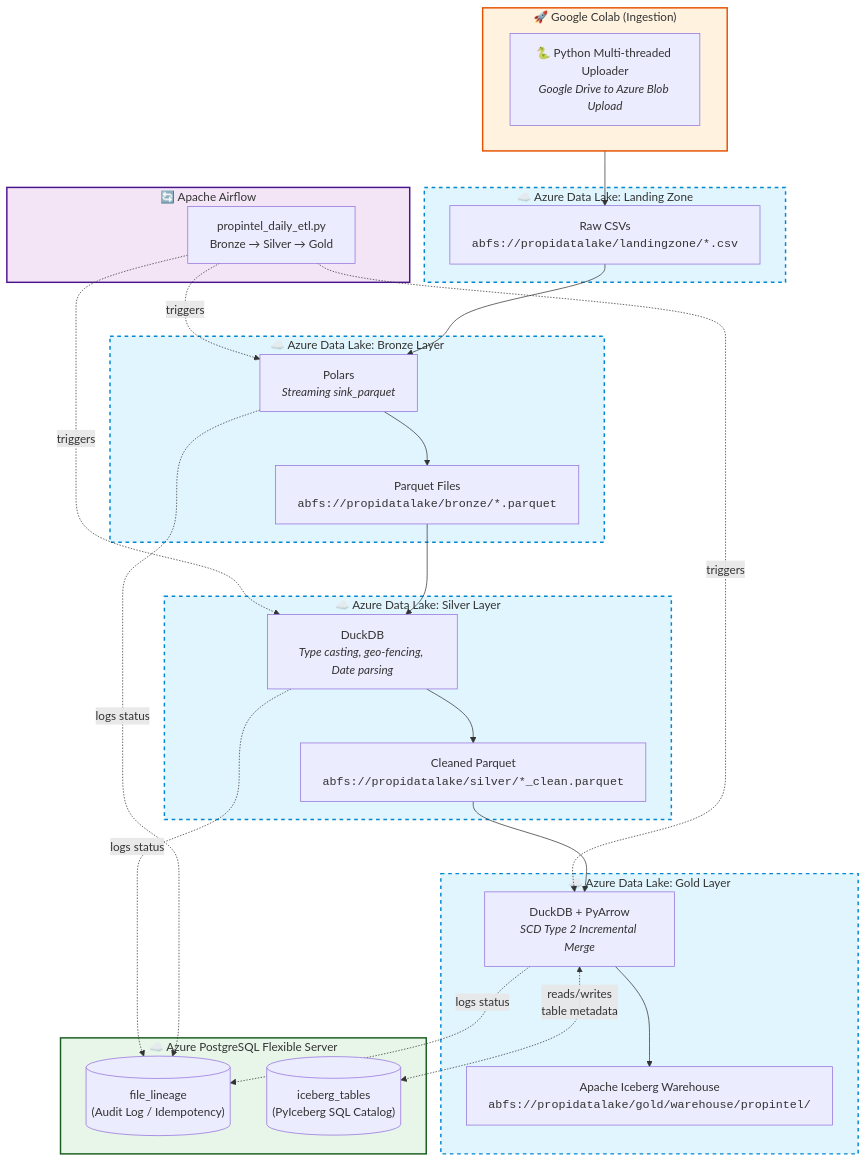
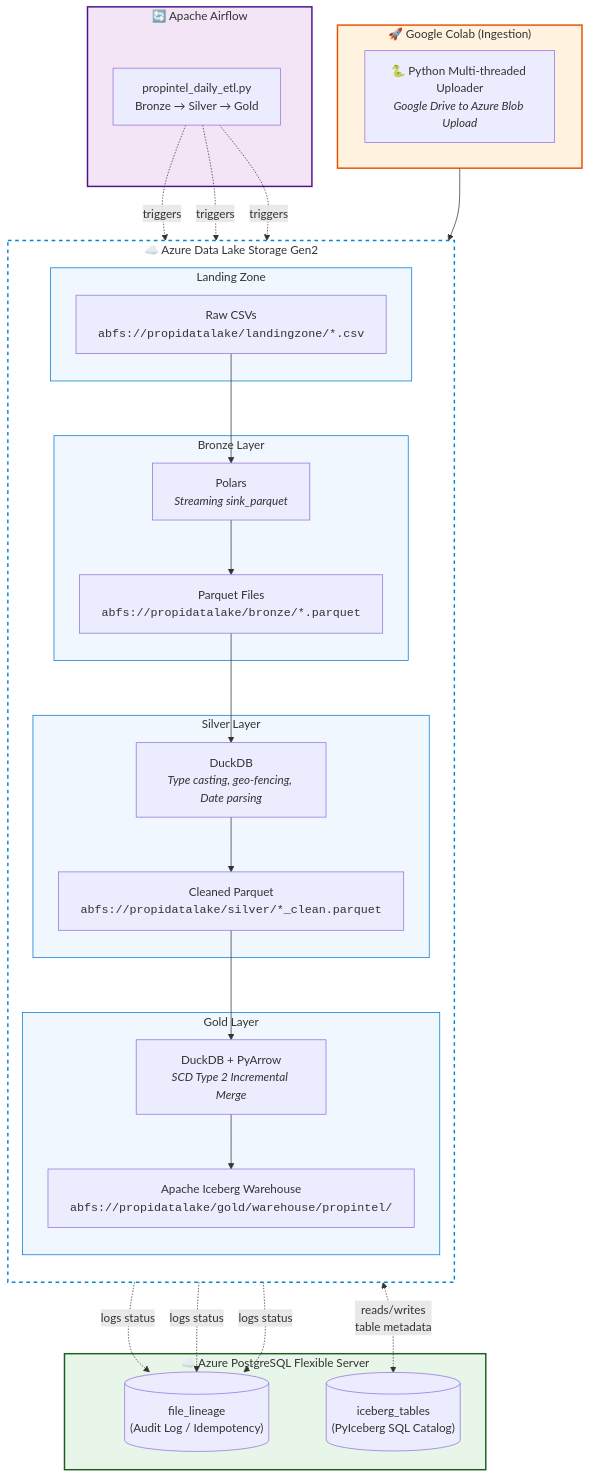
The diagram in README.md (ali786-hub/Property-Intelligence-Platform), drawn with Mermaid before and after one commit.

````diff
--- a/README.md
+++ b/README.md
@@ -23,61 +23,69 @@
 ```mermaid
 flowchart TB
     subgraph source ["🚀 Google Colab (Ingestion)"]
         direction LR
         COLAB["🐍 Python Multi-threaded Uploader<br/><i>Google Drive to Azure Blob Upload</i>"]
     end
 
     subgraph airflow ["🔄 Apache Airflow"]
         DAG["propintel_daily_etl.py<br/>Bronze → Silver → Gold"]
     end
 
-    subgraph landing ["☁️ Azure Data Lake: Landing Zone"]
-        B_IN["Raw CSVs<br/><code>abfs://propidatalake/landingzone/*.csv</code>"]
-    end
+    subgraph cloud_storage ["☁️ Azure Data Lake Storage Gen2"]
+        direction TB
 
-    subgraph bronze ["☁️ Azure Data Lake: Bronze Layer"]
-        B_ENGINE["Polars<br/><i>Streaming sink_parquet</i>"]
-        B_OUT["Parquet Files<br/><code>abfs://propidatalake/bronze/*.parquet</code>"]
-        B_IN --> B_ENGINE --> B_OUT
-    end
+        subgraph landing ["Landing Zone"]
+            B_IN["Raw CSVs<br/><code>abfs://propidatalake/landingzone/*.csv</code>"]
+        end
 
-    subgraph silver ["☁️ Azure Data Lake: Silver Layer"]
-        S_ENGINE["DuckDB<br/><i>Type casting, geo-fencing, Date parsing</i>"]
-        S_OUT["Cleaned Parquet<br/><code>abfs://propidatalake/silver/*_clean.parquet</code>"]
-        B_OUT --> S_ENGINE --> S_OUT
-    end
+        subgraph bronze ["Bronze Layer"]
+            B_ENGINE["Polars<br/><i>Streaming sink_parquet</i>"]
+            B_OUT["Parquet Files<br/><code>abfs://propidatalake/bronze/*.parquet</code>"]
+            B_IN --> B_ENGINE --> B_OUT
+        end
 
-    subgraph gold ["☁️ Azure Data Lake: Gold Layer"]
-        G_ENGINE["DuckDB + PyArrow<br/><i>SCD Type 2 Incremental Merge</i>"]
-        G_OUT["Apache Iceberg Warehouse<br/><code>abfs://propidatalake/gold/warehouse/propintel/</code>"]
-        S_OUT --> G_ENGINE --> G_OUT
+        subgraph silver ["Silver Layer"]
+            S_ENGINE["DuckDB<br/><i>Type casting, geo-fencing, Date parsing</i>"]
+            S_OUT["Cleaned Parquet<br/><code>abfs://propidatalake/silver/*_clean.parquet</code>"]
+            B_OUT --> S_ENGINE --> S_OUT
+        end
+
+        subgraph gold ["Gold Layer"]
+            G_ENGINE["DuckDB + PyArrow<br/><i>SCD Type 2 Incremental Merge</i>"]
+            G_OUT["Apache Iceberg Warehouse<br/><code>abfs://propidatalake/gold/warehouse/propintel/</code>"]
+            S_OUT --> G_ENGINE --> G_OUT
+        end
     end
 
     subgraph cloud_db ["☁️ Azure PostgreSQL Flexible Server"]
         LINEAGE[("file_lineage<br/>(Audit Log / Idempotency)")]
         CATALOG[("iceberg_tables<br/>(PyIceberg SQL Catalog)")]
     end
 
     source --> B_IN
     
     %% Airflow triggers mapping directly to the compute engines
     DAG -. "triggers" .-> B_ENGINE
     DAG -. "triggers" .-> S_ENGINE
     DAG -. "triggers" .-> G_ENGINE
 
     %% Logging interactions mapping perfectly to the DB
     B_ENGINE -. "logs status" .-> LINEAGE
     S_ENGINE -. "logs status" .-> LINEAGE
     G_ENGINE -. "logs status" .-> LINEAGE
     G_ENGINE <-. "reads/writes<br/>table metadata" .-> CATALOG
 
     %% Styling Subgraphs for Visual Separation and Cohesion
     style source fill:#fff3e0,stroke:#e65100,stroke-width:2px
     style airflow fill:#f3e5f5,stroke:#4a148c,stroke-width:2px
     style cloud_db fill:#e8f5e9,stroke:#1b5e20,stroke-width:2px
     
-    style landing fill:#e1f5fe,stroke:#0288d1,stroke-width:2px,stroke-dasharray: 5 5
-    style bronze fill:#e1f5fe,stroke:#0288d1,stroke-width:2px,stroke-dasharray: 5 5
-    style silver fill:#e1f5fe,stroke:#0288d1,stroke-width:2px,stroke-dasharray: 5 5
-    style gold fill:#e1f5fe,stroke:#0288d1,stroke-width:2px,stroke-dasharray: 5 5
+    %% Big dotted line boundary for the Data Lake container
+    style cloud_storage fill:none,stroke:#0288d1,stroke-width:2px,stroke-dasharray: 5 5
+    
+    %% Individual Data Lake containers
+    style landing fill:#f0f7ff,stroke:#0078d4,stroke-width:1px
+    style bronze fill:#f0f7ff,stroke:#0078d4,stroke-width:1px
+    style silver fill:#f0f7ff,stroke:#0078d4,stroke-width:1px
+    style gold fill:#f0f7ff,stroke:#0078d4,stroke-width:1px
 ```
````
